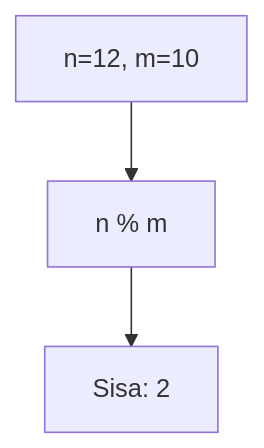
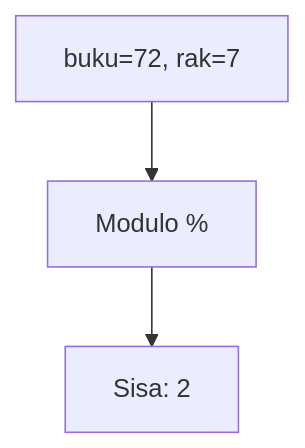
One commit to amnahwaida/OSNK_INF_PREP changed diagram 11 of 25 in part-c-pemahaman-cpp/01-tipe-data/latihan/set-03.md. Above: the diagram before and after it, drawn with Mermaid. The commit also changed other lines of this file and 71 other files, not shown here.

````diff
--- a/part-c-pemahaman-cpp/01-tipe-data/latihan/set-03.md
+++ b/part-c-pemahaman-cpp/01-tipe-data/latihan/set-03.md
@@ -350,5 +306,5 @@
 ```mermaid
 graph TD
-A["n=12, m=10"] --> B["n % m"]
+A["buku=72, rak=7"] --> B["Modulo %"]
 B --> C["Sisa: 2"]
 ```
````
